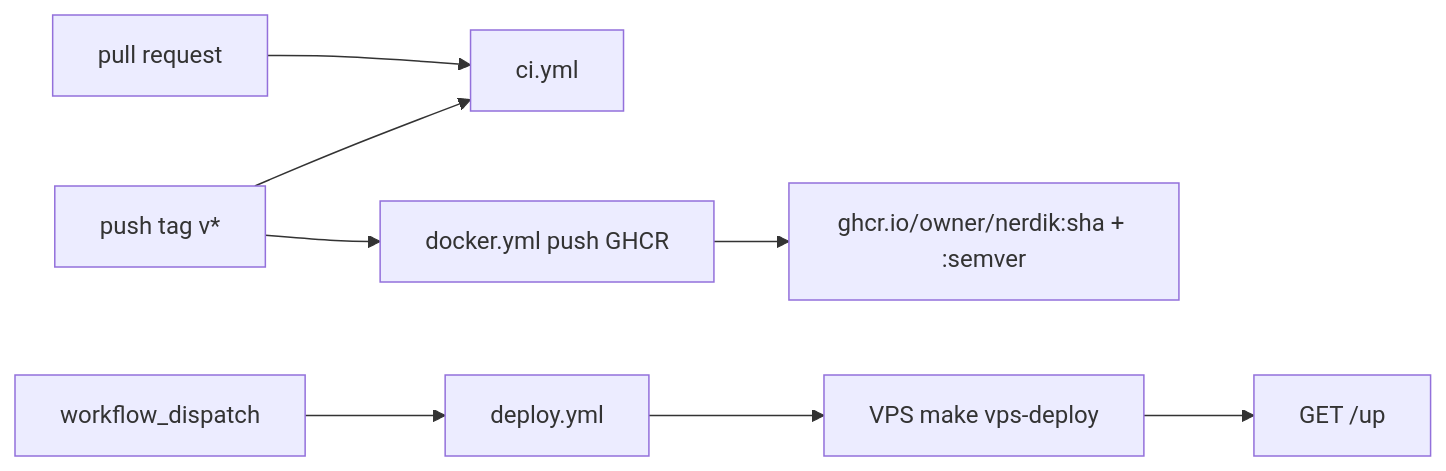
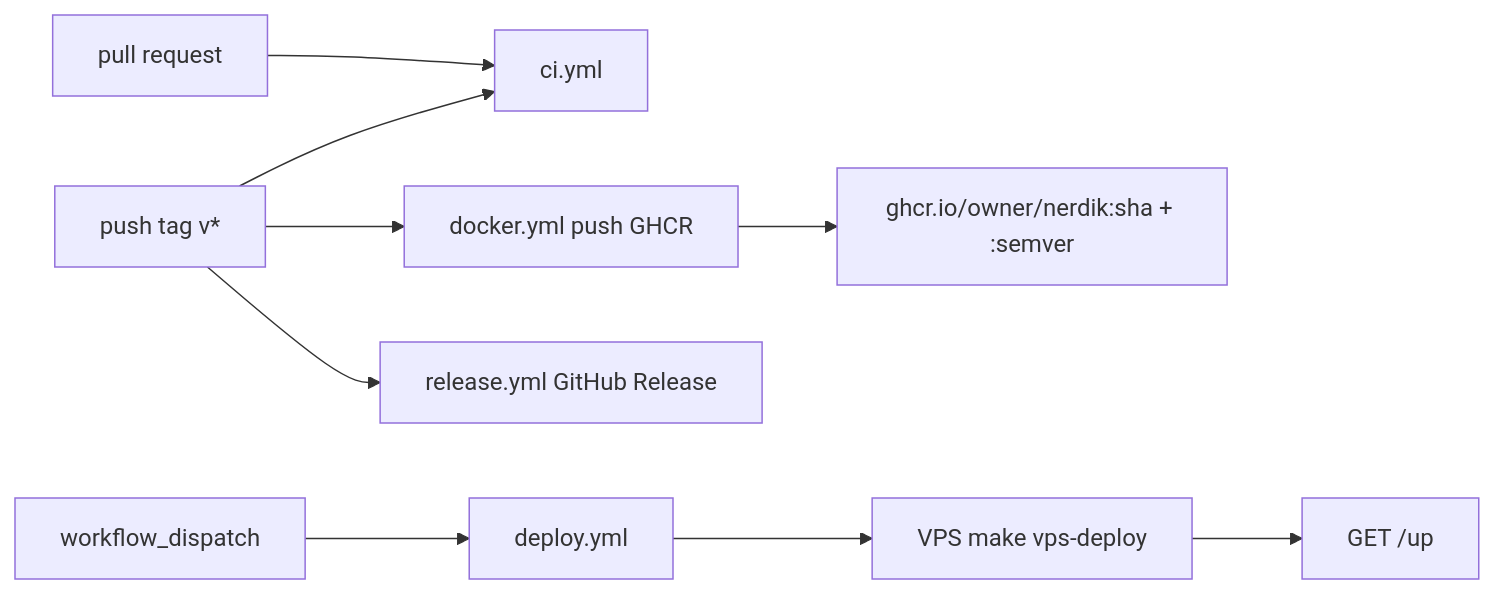
One commit to panshaigan/nerdik changed the diagram in docs/ci-cd.md. Above: the diagram before and after it, drawn with Mermaid. The commit also changed other lines of this file and 4 other files, not shown here.

First line of the commit message:
ci: create GitHub Release when publishing v* tags

````diff
--- a/docs/ci-cd.md
+++ b/docs/ci-cd.md
@@ -7,10 +7,11 @@
 ```mermaid
 flowchart LR
   PR[pull request] --> CI[ci.yml]
   Tag["push tag v*"] --> CI
   Tag --> DockerPush[docker.yml push GHCR]
+  Tag --> GHRelease[release.yml GitHub Release]
   DockerPush --> GHCR["ghcr.io/owner/nerdik:sha + :semver"]
   Manual[workflow_dispatch] --> Deploy[deploy.yml]
   Deploy --> VPS[VPS make vps-deploy]
   VPS --> Up["GET /up"]
 ```
````
